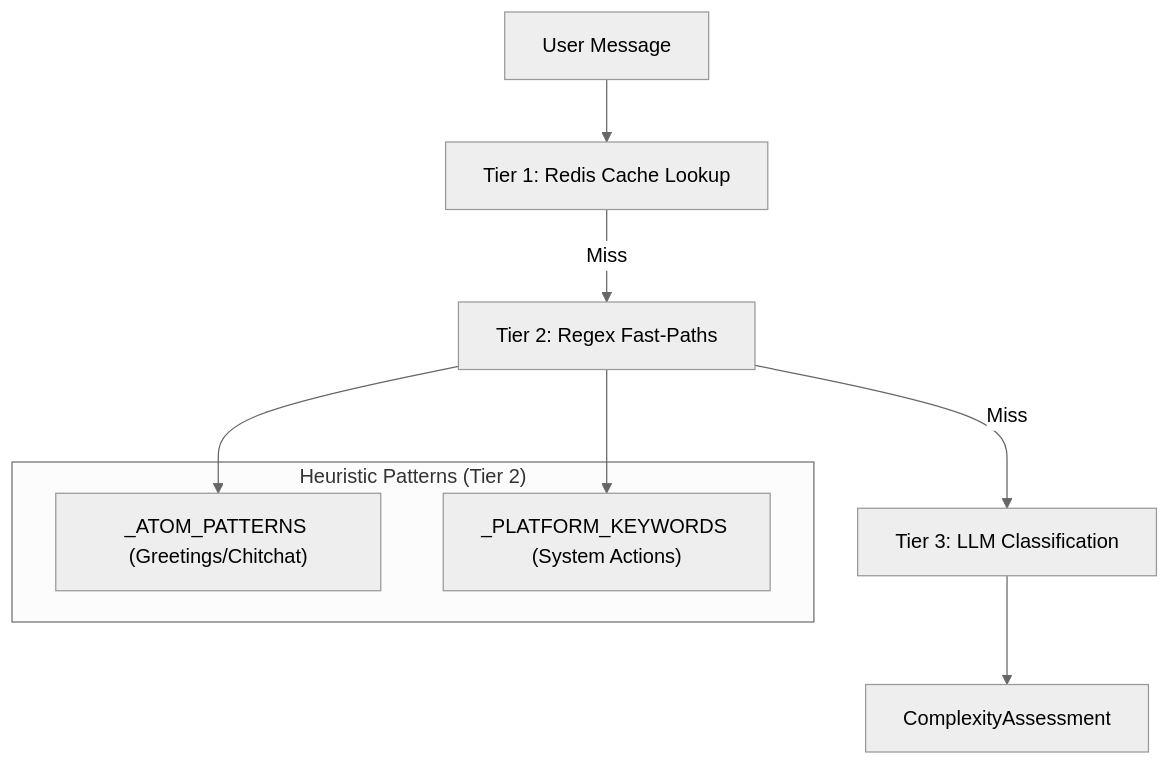
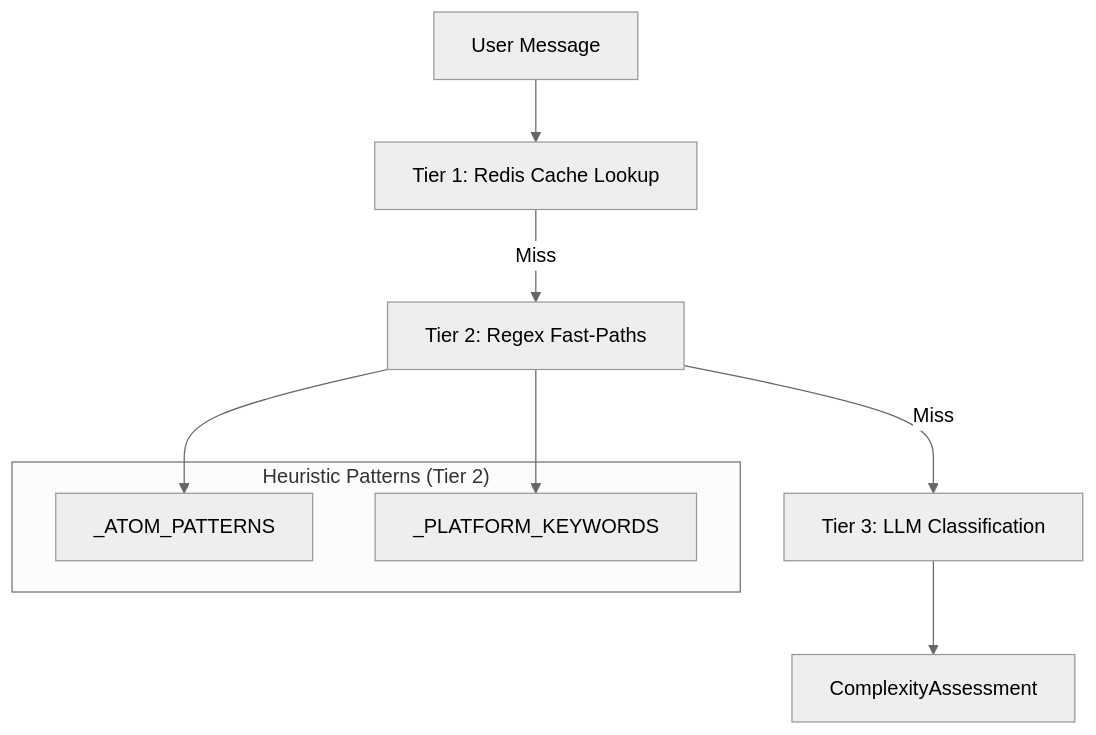
The second of 3 diagrams in docs/chat-interface/chat-api-streaming.md (AutomatosAI/automatos-ai), drawn with Mermaid (neutral theme) before and after one commit. The commit also changed other lines of this file and 191 other files, not shown here.

````diff
--- a/docs/chat-interface/chat-api-streaming.md
+++ b/docs/chat-interface/chat-api-streaming.md
@@ -117,16 +137,16 @@
 ```mermaid
 graph TD
     MSG["User Message"] --> T1["Tier 1: Redis Cache Lookup"]
-    T1 -- Miss --> T2["Tier 2: Regex Fast-Paths"]
-    T2 -- Miss --> T3["Tier 3: LLM Classification"]
+    T1 -- "Miss" --> T2["Tier 2: Regex Fast-Paths"]
+    T2 -- "Miss" --> T3["Tier 3: LLM Classification"]
     
     subgraph "Heuristic Patterns (Tier 2)"
-        P1["_ATOM_PATTERNS (Greetings/Chitchat)"]
-        P2["_PLATFORM_KEYWORDS (System Actions)"]
+        P1["_ATOM_PATTERNS"]
+        P2["_PLATFORM_KEYWORDS"]
     end
     
     T2 --> P1
     T2 --> P2
     
     T3 --> Result["ComplexityAssessment"]
 ```
````
